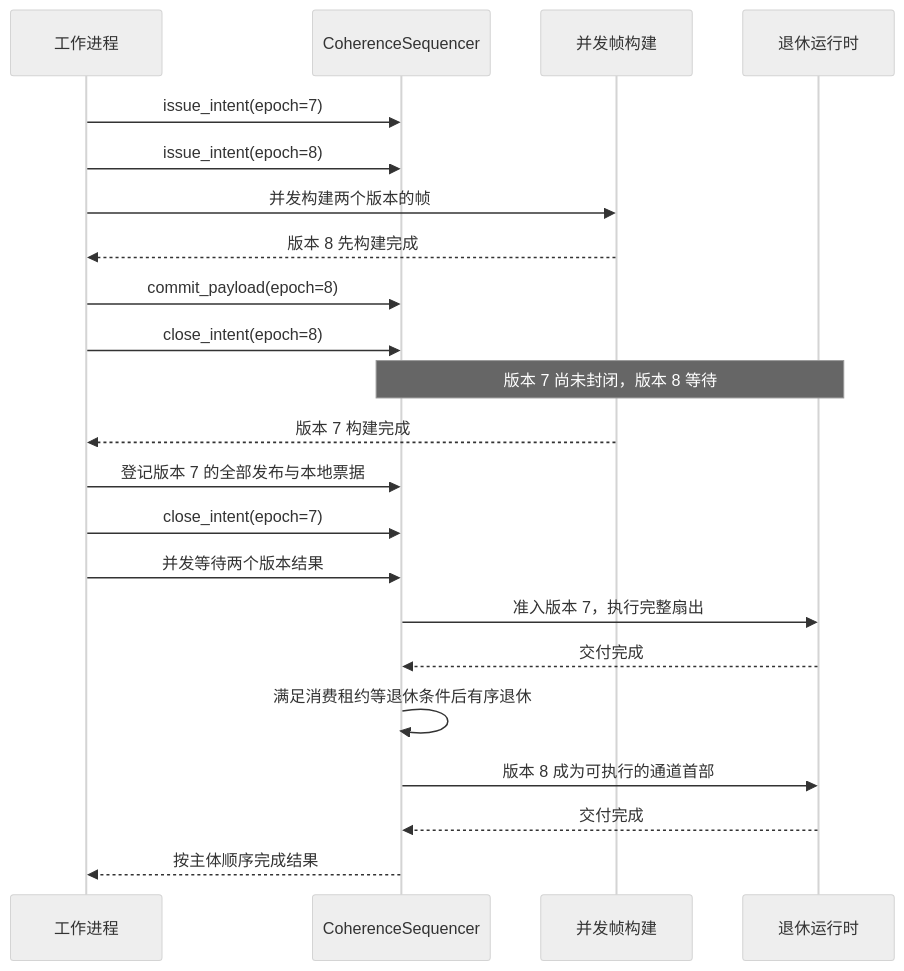
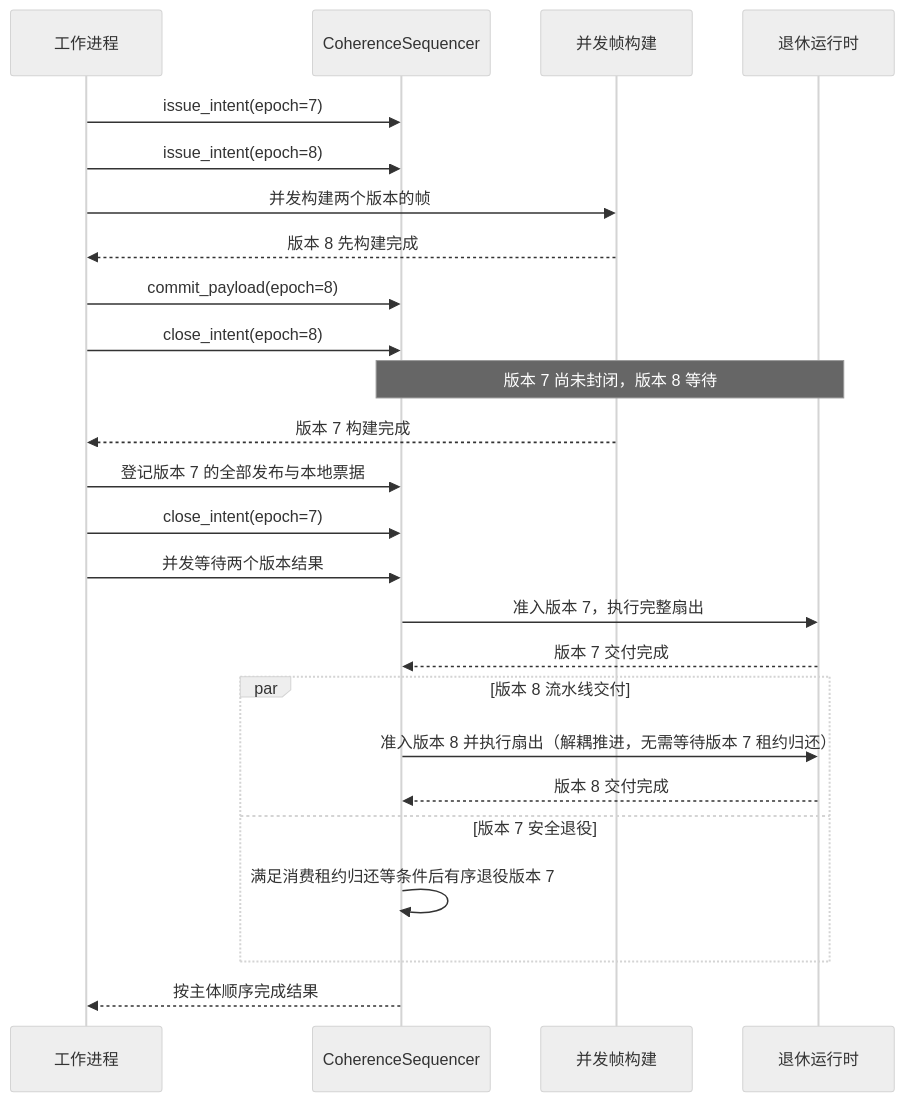
Before and after one commit to fluxway-project/fluxway: the fourth of 8 diagrams in docs/coherence_protocol_zh.md, drawn with Mermaid (neutral theme). The commit also changed other lines of this file and 27 other files, not shown here.

````diff
--- a/docs/coherence_protocol_zh.md
+++ b/docs/coherence_protocol_zh.md
@@ -375,24 +375,27 @@
 ```mermaid
 sequenceDiagram
     participant W as 工作进程
     participant S as CoherenceSequencer
     participant B as 并发帧构建
     participant R as 退休运行时
     W->>S: issue_intent(epoch=7)
     W->>S: issue_intent(epoch=8)
     W->>B: 并发构建两个版本的帧
     B-->>W: 版本 8 先构建完成
     W->>S: commit_payload(epoch=8)
     W->>S: close_intent(epoch=8)
     Note over S,R: 版本 7 尚未封闭，版本 8 等待
     B-->>W: 版本 7 构建完成
     W->>S: 登记版本 7 的全部发布与本地票据
     W->>S: close_intent(epoch=7)
     W->>S: 并发等待两个版本结果
     S->>R: 准入版本 7，执行完整扇出
-    R-->>S: 交付完成
-    S->>S: 满足消费租约等退休条件后有序退休
-    S->>R: 版本 8 成为可执行的通道首部
-    R-->>S: 交付完成
+    R-->>S: 版本 7 交付完成
+    par 版本 8 流水线交付
+        S->>R: 准入版本 8 并执行扇出（解耦推进，无需等待版本 7 租约归还）
+        R-->>S: 版本 8 交付完成
+    and 版本 7 安全退役
+        S->>S: 满足消费租约归还等条件后有序退役版本 7
+    end
     S-->>W: 按主体顺序完成结果
 ```
````
